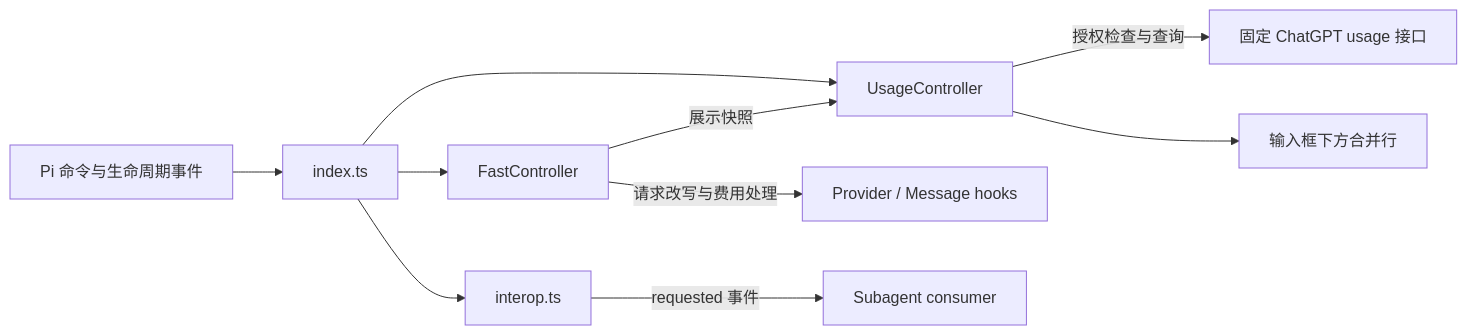
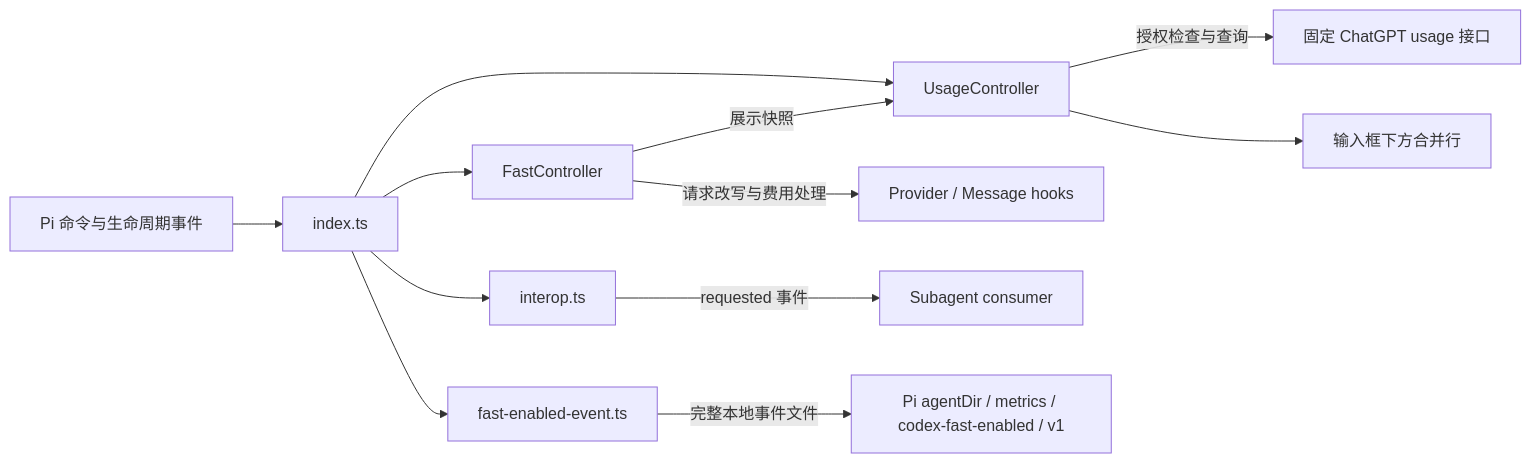
The first of 3 diagrams in docs/02-产品实现/codex-usage-status-技术设计.md (ZHOUKAILIAN/my-pi-extension), drawn with Mermaid before and after one commit. The commit also changed other lines of this file and 5 other files, not shown here.

Commit message:
feat(codex-usage-status): record local user Fast activations

````diff
--- a/docs/02-产品实现/codex-usage-status-技术设计.md
+++ b/docs/02-产品实现/codex-usage-status-技术设计.md
@@ -13,12 +13,14 @@
 ```mermaid
 flowchart LR
     pi[Pi 命令与生命周期事件] --> entry[index.ts]
     entry --> fast[FastController]
     entry --> usage[UsageController]
     fast -->|展示快照| usage
     usage -->|授权检查与查询| api[固定 ChatGPT usage 接口]
     usage --> widget[输入框下方合并行]
     fast -->|请求改写与费用处理| hooks[Provider / Message hooks]
     entry --> interop[interop.ts]
     interop -->|requested 事件| child[Subagent consumer]
+    entry --> event[fast-enabled-event.ts]
+    event -->|完整本地事件文件| local[Pi agentDir / metrics / codex-fast-enabled / v1]
 ```
````
